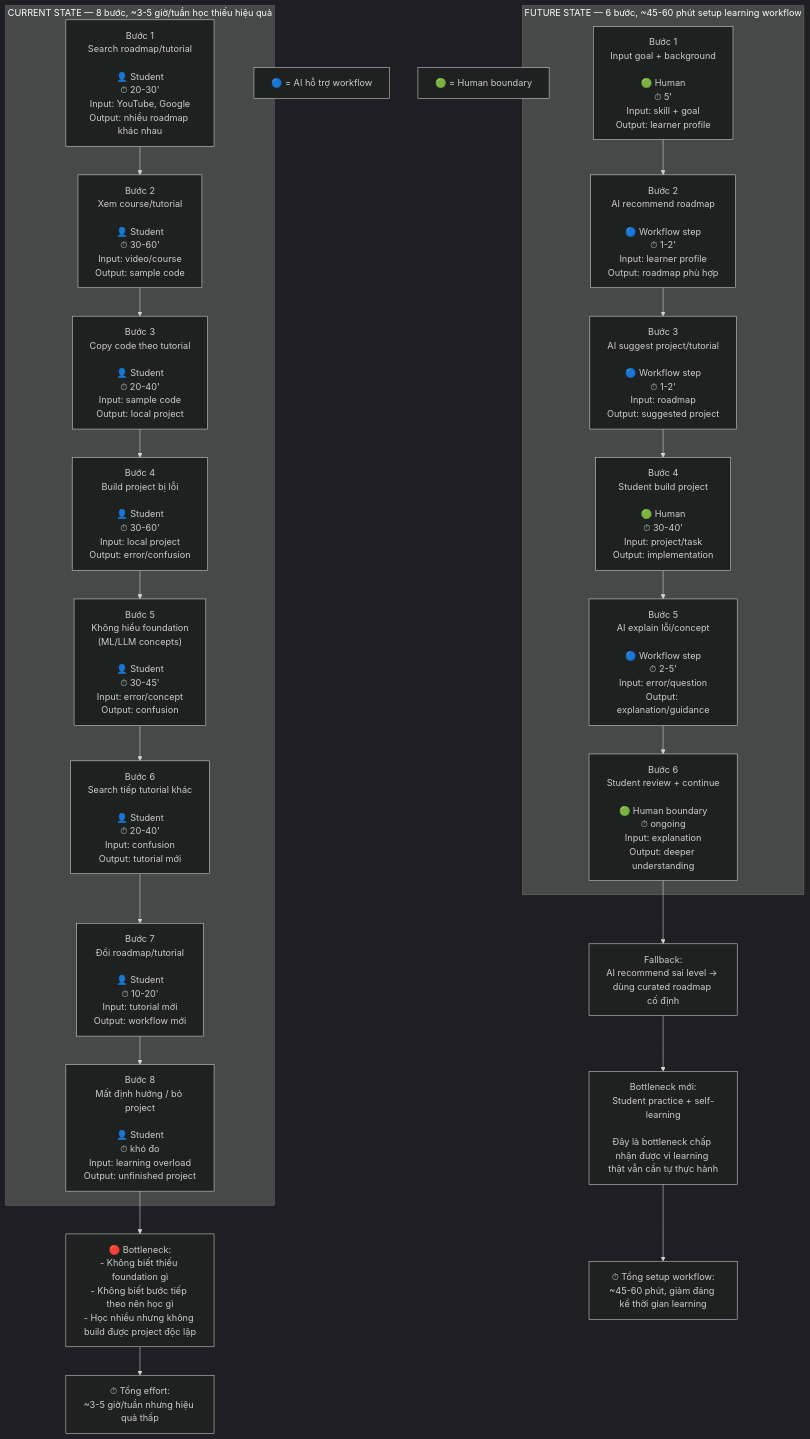
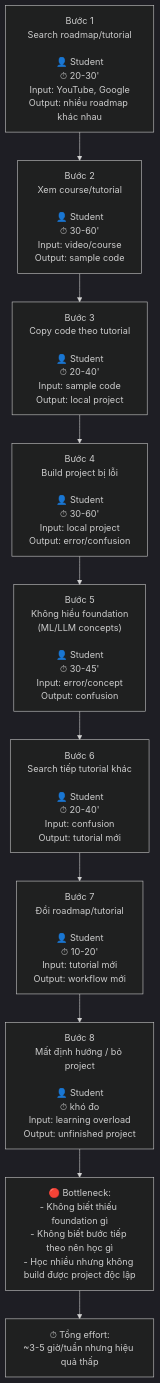
Before and after one commit to Hupa16/Day02-2A202600825-Phan-Tan-Hung: the first of 2 diagrams in 02-group-problem-statement/group-problem-statement.md, drawn with Mermaid (dark theme).

````diff
--- a/02-group-problem-statement/group-problem-statement.md
+++ b/02-group-problem-statement/group-problem-statement.md
@@ -86,58 +87,27 @@
 ```mermaid
 flowchart TD
 
-    subgraph CURRENT["CURRENT STATE — 8 bước, ~3-5 giờ/tuần học thiếu hiệu quả"]
+    A1["Bước 1<br/>Search roadmap/tutorial<br/><br/>👤 Student<br/>⏱ 20-30'<br/>Input: YouTube, Google<br/>Output: nhiều roadmap khác nhau"]
 
-        A1["Bước 1<br/>Search roadmap/tutorial<br/><br/>👤 Student<br/>⏱ 20-30'<br/>Input: YouTube, Google<br/>Output: nhiều roadmap khác nhau"]
+    A2["Bước 2<br/>Xem course/tutorial<br/><br/>👤 Student<br/>⏱ 30-60'<br/>Input: video/course<br/>Output: sample code"]
 
-        A2["Bước 2<br/>Xem course/tutorial<br/><br/>👤 Student<br/>⏱ 30-60'<br/>Input: video/course<br/>Output: sample code"]
+    A3["Bước 3<br/>Copy code theo tutorial<br/><br/>👤 Student<br/>⏱ 20-40'<br/>Input: sample code<br/>Output: local project"]
 
-        A3["Bước 3<br/>Copy code theo tutorial<br/><br/>👤 Student<br/>⏱ 20-40'<br/>Input: sample code<br/>Output: local project"]
+    A4["Bước 4<br/>Build project bị lỗi<br/><br/>👤 Student<br/>⏱ 30-60'<br/>Input: local project<br/>Output: error/confusion"]
 
-        A4["Bước 4<br/>Build project bị lỗi<br/><br/>👤 Student<br/>⏱ 30-60'<br/>Input: local project<br/>Output: error/confusion"]
+    A5["Bước 5<br/>Không hiểu foundation<br/>(ML/LLM concepts)<br/><br/>👤 Student<br/>⏱ 30-45'<br/>Input: error/concept<br/>Output: confusion"]
 
-        A5["Bước 5<br/>Không hiểu foundation<br/>(ML/LLM concepts)<br/><br/>👤 Student<br/>⏱ 30-45'<br/>Input: error/concept<br/>Output: confusion"]
+    A6["Bước 6<br/>Search tiếp tutorial khác<br/><br/>👤 Student<br/>⏱ 20-40'<br/>Input: confusion<br/>Output: tutorial mới"]
 
-        A6["Bước 6<br/>Search tiếp tutorial khác<br/><br/>👤 Student<br/>⏱ 20-40'<br/>Input: confusion<br/>Output: tutorial mới"]
+    A7["Bước 7<br/>Đổi roadmap/tutorial<br/><br/>👤 Student<br/>⏱ 10-20'<br/>Input: tutorial mới<br/>Output: workflow mới"]
 
-        A7["Bước 7<br/>Đổi roadmap/tutorial<br/><br/>👤 Student<br/>⏱ 10-20'<br/>Input: tutorial mới<br/>Output: workflow mới"]
+    A8["Bước 8<br/>Mất định hướng / bỏ project<br/><br/>👤 Student<br/>⏱ khó đo<br/>Input: learning overload<br/>Output: unfinished project"]
 
-        A8["Bước 8<br/>Mất định hướng / bỏ project<br/><br/>👤 Student<br/>⏱ khó đo<br/>Input: learning overload<br/>Output: unfinished project"]
-
-        A1 --> A2 --> A3 --> A4 --> A5 --> A6 --> A7 --> A8
-    end
+    A1 --> A2 --> A3 --> A4 --> A5 --> A6 --> A7 --> A8
 
     B1["🔴 Bottleneck:<br/>- Không biết thiếu foundation gì<br/>- Không biết bước tiếp theo nên học gì<br/>- Học nhiều nhưng không build được project độc lập"]
 
     B2["⏱ Tổng effort:<br/>~3-5 giờ/tuần nhưng hiệu quả thấp"]
 
     A8 --> B1 --> B2
-
-    subgraph FUTURE["FUTURE STATE — 6 bước, ~45-60 phút setup learning workflow"]
-
-        F1["Bước 1<br/>Input goal + background<br/><br/>🟢 Human<br/>⏱ 5'<br/>Input: skill + goal<br/>Output: learner profile"]
-
-        F2["Bước 2<br/>AI recommend roadmap<br/><br/>🔵 Workflow step<br/>⏱ 1-2'<br/>Input: learner profile<br/>Output: roadmap phù hợp"]
-
-        F3["Bước 3<br/>AI suggest project/tutorial<br/><br/>🔵 Workflow step<br/>⏱ 1-2'<br/>Input: roadmap<br/>Output: suggested project"]
-
-        F4["Bước 4<br/>Student build project<br/><br/>🟢 Human<br/>⏱ 30-40'<br/>Input: project/task<br/>Output: implementation"]
-
-        F5["Bước 5<br/>AI explain lỗi/concept<br/><br/>🔵 Workflow step<br/>⏱ 2-5'<br/>Input: error/question<br/>Output: explanation/guidance"]
-
-        F6["Bước 6<br/>Student review + continue<br/><br/>🟢 Human boundary<br/>⏱ ongoing<br/>Input: explanation<br/>Output: deeper understanding"]
-
-        F1 --> F2 --> F3 --> F4 --> F5 --> F6
-    end
-
-    C1["🔵 = AI hỗ trợ workflow"]
-    C2["🟢 = Human boundary"]
-
-    C3["Fallback:<br/>AI recommend sai level → dùng curated roadmap cố định"]
-
-    C4["Bottleneck mới:<br/>Student practice + self-learning<br/><br/>Đây là bottleneck chấp nhận được vì learning thật vẫn cần tự thực hành"]
-
-    C5["⏱ Tổng setup workflow:<br/>~45-60 phút, giảm đáng kể thời gian learning"]
-
-    F6 --> C3 --> C4 --> C5
 ```
````
